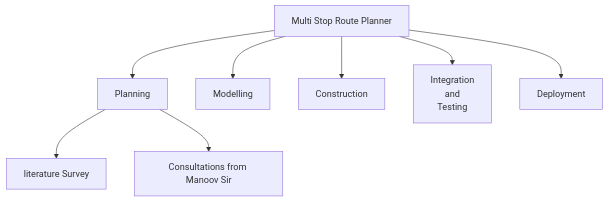
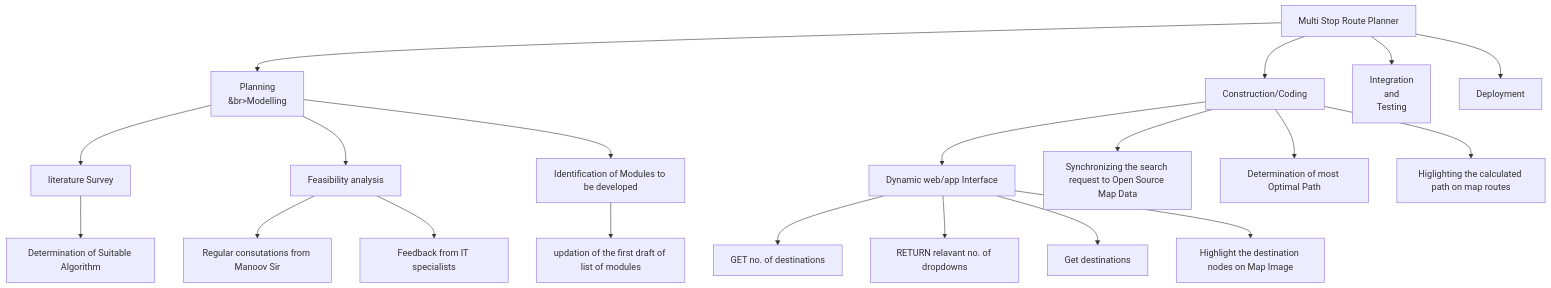
The second of 2 diagrams in README.md (bholebaba0135/Destiny-Defined_TARP), drawn with Mermaid before and after one commit.

Commit message:
Second Check on WBS

````diff
--- a/README.md
+++ b/README.md
@@ -37,11 +37,24 @@
 ```mermaid
 graph TD
-id1[Multi Stop Route Planner] --> id2[Planning]
-id1 --> id3[Modelling]
-id1 --> id4[Construction]
-id1 --> id5[Integration<br>and<br>Testing]
-id1 --> id6[Deployment]
+id1[Multi Stop Route Planner] --> id2[Planning<br>&br>Modelling]
+id1 --> id3[Construction/Coding]
+id1 --> id4[Integration<br>and<br>Testing]
+id1 --> id5[Deployment]
 id2 --> id2a[literature Survey]
-id2 --> id2b[Consultations from Manoov Sir]
+id2a --> id2a1[Determination of Suitable Algorithm]
+id2 --> id2b[Feasibility analysis]
+id2b --> id2b1[Regular consutations from Manoov Sir]
+id2b --> id2b2[Feedback from IT specialists]
+id2 --> id2c[Identification of Modules to be developed]
+id2c --> id2c1[updation of the first draft of list of modules]
+id3 --> id3a[Dynamic web/app Interface]
+id3a --> id3a1[GET no. of destinations]
+id3a --> id3a2[RETURN relavant no. of dropdowns]
+id3a --> id3a3[Get destinations]
+id3a --> id3a4[Highlight the destination nodes on Map Image]
+id3 --> id3b[Synchronizing the search request to Open Source Map Data]
+id3 --> id3c[Determination of most Optimal Path]
+id3 --> id3d[Higlighting the calculated path on map routes]
+
 
 ```
````
